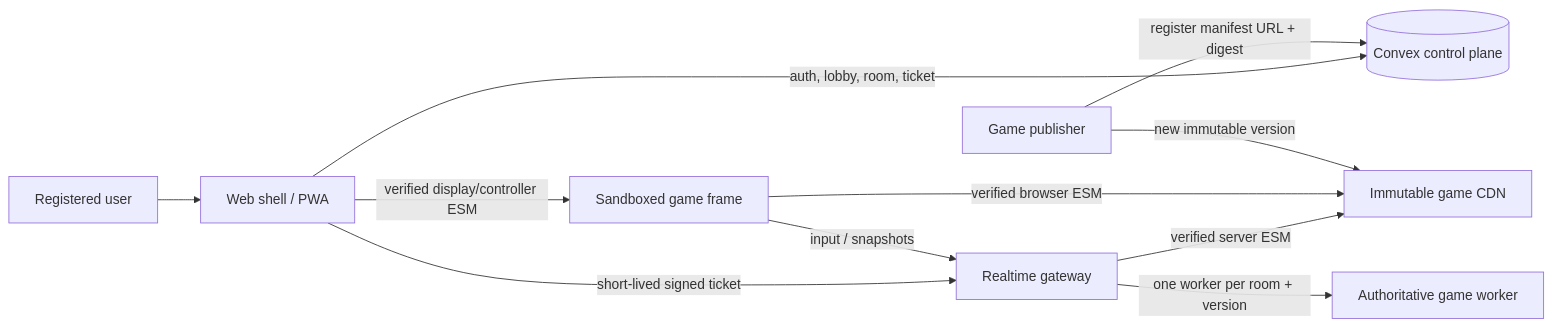
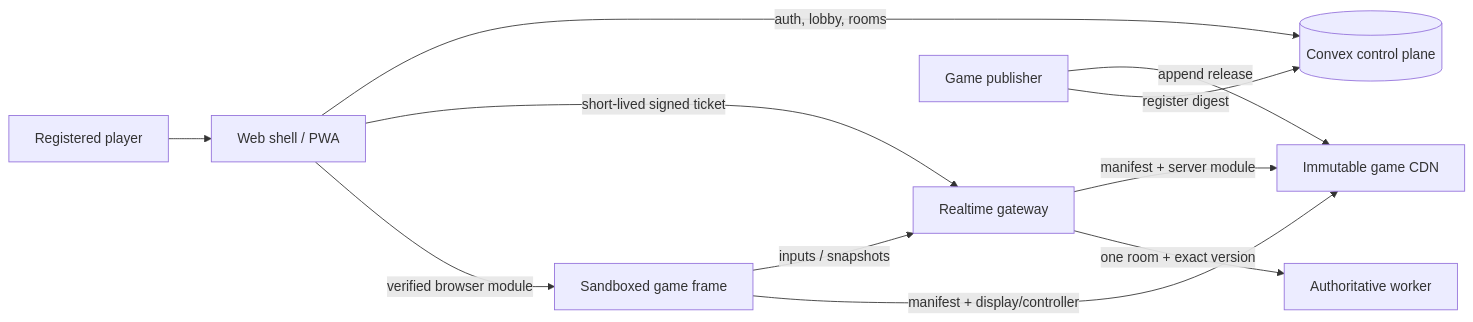
The diagram in README.md (rahmanef63/play-together), drawn with Mermaid before and after one commit. The commit also changed other lines of this file and 23 other files, not shown here.

````diff
--- a/README.md
+++ b/README.md
@@ -27,13 +78,13 @@
 ```mermaid
 flowchart LR
-  U[Registered user] --> W[Web shell / PWA]
-  W -->|auth, lobby, room, ticket| C[(Convex control plane)]
+  U[Registered player] --> W[Web shell / PWA]
+  W -->|auth, lobby, rooms| C[(Convex control plane)]
   W -->|short-lived signed ticket| R[Realtime gateway]
-  W -->|verified display/controller ESM| F[Sandboxed game frame]
-  F -->|input / snapshots| R
-  R -->|verified server ESM| G[Immutable game CDN]
-  F -->|verified browser ESM| G
-  R -->|one worker per room + version| X[Authoritative game worker]
-  P[Game publisher] -->|new immutable version| G
-  P -->|register manifest URL + digest| C
+  W -->|verified browser module| F[Sandboxed game frame]
+  F -->|inputs / snapshots| R
+  F -->|manifest + display/controller| G[Immutable game CDN]
+  R -->|manifest + server module| G
+  R -->|one room + exact version| X[Authoritative worker]
+  P[Game publisher] -->|append release| G
+  P -->|register digest| C
 ```
````
